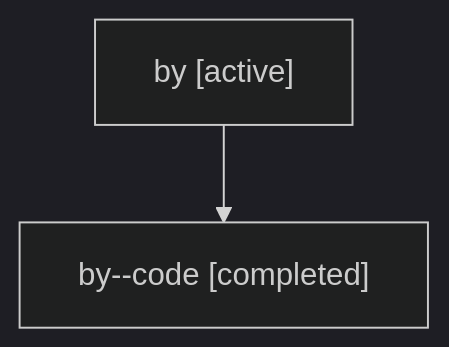
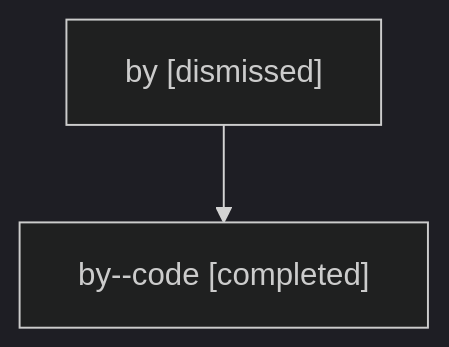
The diagram in sessions/bbugyi200.athena.by.md (sase-org/sase--agents), drawn with Mermaid (dark theme) before and after one commit. The commit also changed other lines of this file and 24 other files, not shown here.

````diff
--- a/sessions/bbugyi200.athena.by.md
+++ b/sessions/bbugyi200.athena.by.md
@@ -9,6 +9,6 @@
 ```mermaid
 flowchart TD
-  n0["by [active]"]
+  n0["by [dismissed]"]
   n1["by--code [completed]"]
   n0 --> n1
 ```
````
